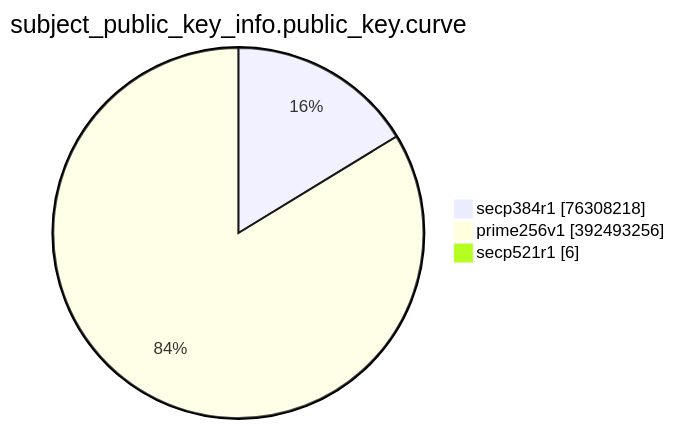
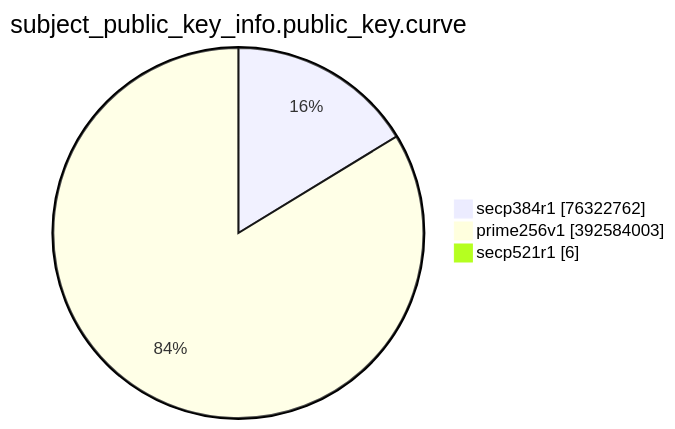
One commit to christiankrug/ctmonitor_visualization changed the eighth of 15 diagrams in TOTAL/README.md. Above: the diagram before and after it, drawn with Mermaid. The commit also changed other lines of this file, not shown here.

````diff
--- a/TOTAL/README.md
+++ b/TOTAL/README.md
@@ -3094,7 +3094,7 @@
 ```mermaid
 pie showData
 title subject_public_key_info.public_key.curve
-"secp384r1" :76308218
-"prime256v1" :392493256
+"secp384r1" :76322762
+"prime256v1" :392584003
 "secp521r1" :6
 ```
````
